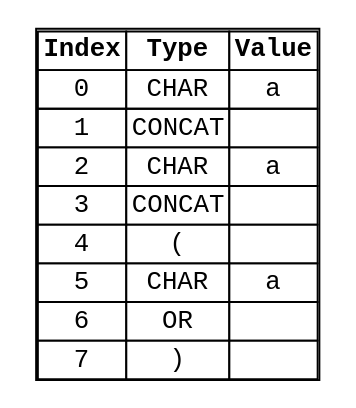
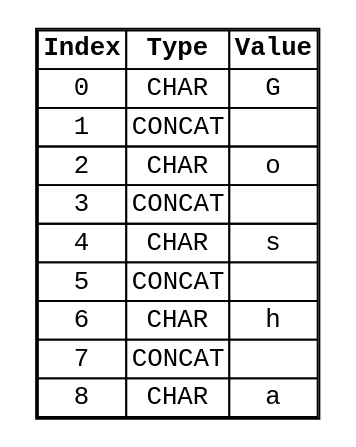
The diagram in 2/visuals/tokens.dot (HotHeadd/automata25_mephi), drawn with Graphviz before and after one commit. The commit also changed 9 other files, not shown here.

```diff
--- a/2/visuals/tokens.dot
+++ b/2/visuals/tokens.dot
@@ -1,16 +1,17 @@
 digraph Tokens {
   node [shape=none, fontname="monospace"];
   tokens [label=<
     <TABLE BORDER="1" CELLBORDER="1" CELLSPACING="0">
       <TR><TD><B>Index</B></TD><TD><B>Type</B></TD><TD><B>Value</B></TD></TR>
-      <TR><TD>0</TD><TD>CHAR</TD><TD>a</TD></TR>
+      <TR><TD>0</TD><TD>CHAR</TD><TD>G</TD></TR>
       <TR><TD>1</TD><TD>CONCAT</TD><TD></TD></TR>
-      <TR><TD>2</TD><TD>CHAR</TD><TD>a</TD></TR>
+      <TR><TD>2</TD><TD>CHAR</TD><TD>o</TD></TR>
       <TR><TD>3</TD><TD>CONCAT</TD><TD></TD></TR>
-      <TR><TD>4</TD><TD>(</TD><TD></TD></TR>
-      <TR><TD>5</TD><TD>CHAR</TD><TD>a</TD></TR>
-      <TR><TD>6</TD><TD>OR</TD><TD></TD></TR>
-      <TR><TD>7</TD><TD>)</TD><TD></TD></TR>
+      <TR><TD>4</TD><TD>CHAR</TD><TD>s</TD></TR>
+      <TR><TD>5</TD><TD>CONCAT</TD><TD></TD></TR>
+      <TR><TD>6</TD><TD>CHAR</TD><TD>h</TD></TR>
+      <TR><TD>7</TD><TD>CONCAT</TD><TD></TD></TR>
+      <TR><TD>8</TD><TD>CHAR</TD><TD>a</TD></TR>
     </TABLE>
   >];
 }
```
